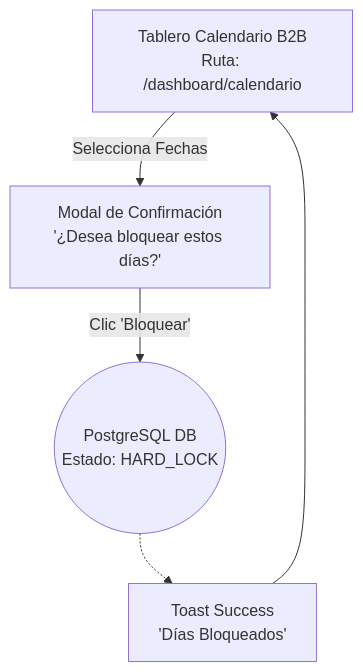
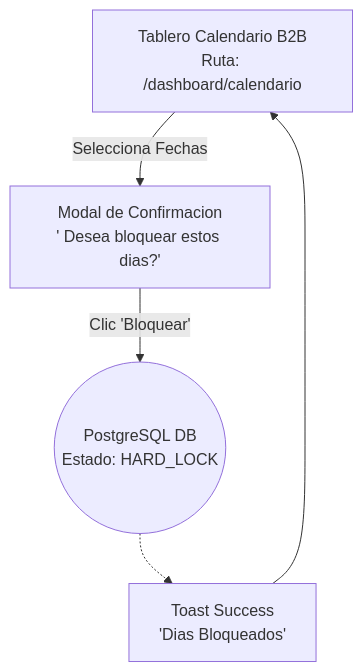
Before and after one commit to camilolayos54-dotcom/NosFuimosdeFinca: the first of 2 diagrams in docs/04-system-modeling/02.User_Flows_Task_Flows/modules/MOD-CAL_flows.md, drawn with Mermaid. The commit also changed other lines of this file and 62 other files, not shown here.

````diff
--- a/docs/04-system-modeling/02.User_Flows_Task_Flows/modules/MOD-CAL_flows.md
+++ b/docs/04-system-modeling/02.User_Flows_Task_Flows/modules/MOD-CAL_flows.md
@@ -37,17 +37,17 @@
 ```mermaid
 flowchart TD
     %% Nodos UI
     DashboardUI[Tablero Calendario B2B<br>Ruta: /dashboard/calendario]
-    ConfirmModalUI[Modal de Confirmación<br>'¿Desea bloquear estos días?']
-    ToastUI[Toast Success<br>'Días Bloqueados']
+    ConfirmModalUI[Modal de Confirmacion<br>' Desea bloquear estos dias?']
+    ToastUI[Toast Success<br>'Dias Bloqueados']
     
-    %% Nodos Asíncronos
+    %% Nodos Asincronos
     DB((PostgreSQL DB<br>Estado: HARD_LOCK))
     
     %% Flujo Administrativo
     DashboardUI --> |Selecciona Fechas| ConfirmModalUI
     ConfirmModalUI --> |Clic 'Bloquear'| DB
     
     DB -.-> ToastUI
     ToastUI --> DashboardUI
 ```
````
